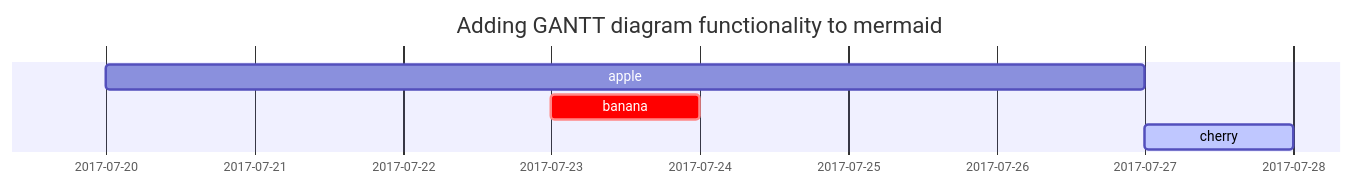
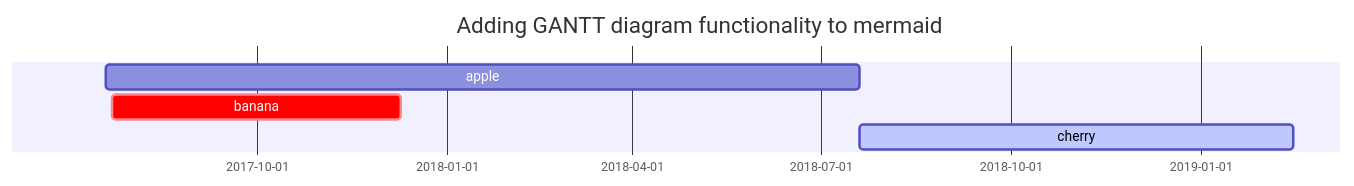
Before and after one commit to entangledviews/entangledviews.github.io: the diagram in _posts/2025-08-29-UV spectroscope.md, drawn with Mermaid. The commit also changed other lines of this file and 2 other files, not shown here.

Commit message:
update article

````diff
--- a/_posts/2025-08-29-UV spectroscope.md
+++ b/_posts/2025-08-29-UV spectroscope.md
@@ -158,7 +158,7 @@
 ```mermaid
  gantt
   title  Adding GANTT diagram functionality to mermaid
-  apple :a, 2017-07-20, 1w
-  banana :crit, b, 2017-07-23, 1d
-  cherry :active, c, after b a, 1d
+  apple :a, 2017-07-20, 1y
+  banana :crit, b, 2017-07-23, 20w
+  cherry :active, c, after b a, 30w
 ```
````
